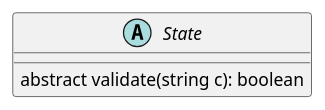
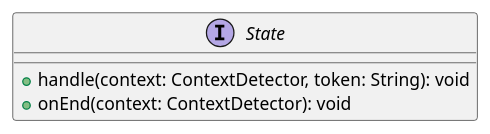
The diagram in uml/State.puml (dmmecham/regular-expression-state-machine), drawn with PlantUML before and after one commit. The commit also changed 7 other files, not shown here.

Commit message:
Updated UML

```diff
--- a/uml/State.puml
+++ b/uml/State.puml
@@ -1,7 +1,8 @@
 @startuml State
 
-abstract class State {
-  abstract validate(string c): boolean
+interface State {
+  +handle(context: ContextDetector, token: String): void
+  +onEnd(context: ContextDetector): void
 }
 
 @enduml
```
